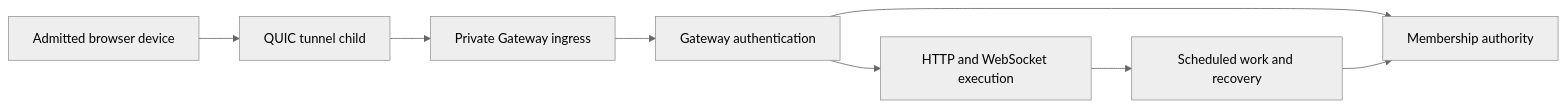
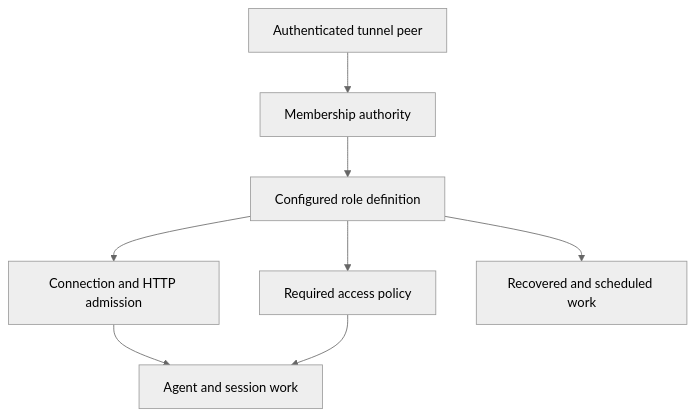
Before and after one commit to miguelbranco80/openclaw-bug-origins: the diagram in fix-origins/clawsweeper/bundles/0265.full.md, drawn with Mermaid (neutral theme). The commit also changed other lines of this file and 6464 other files, not shown here.

````diff
--- a/fix-origins/clawsweeper/bundles/0265.full.md
+++ b/fix-origins/clawsweeper/bundles/0265.full.md
@@ -57,10 +55,10 @@
 ```mermaid
-flowchart LR
-  Browser[Admitted browser device] --> Tunnel[QUIC tunnel child]
-  Tunnel --> Ingress[Private Gateway ingress]
-  Ingress --> Auth[Gateway authentication]
-  Auth --> Membership[Membership authority]
-  Auth --> Execution[HTTP and WebSocket execution]
-  Execution --> Scheduled[Scheduled work and recovery]
-  Scheduled --> Membership
+flowchart TD
+  A[Authenticated tunnel peer] --> B[Membership authority]
+  B --> C[Configured role definition]
+  C --> D[Connection and HTTP admission]
+  C --> E[Required access policy]
+  D --> F[Agent and session work]
+  E --> F
+  C --> G[Recovered and scheduled work]
 ```
````
